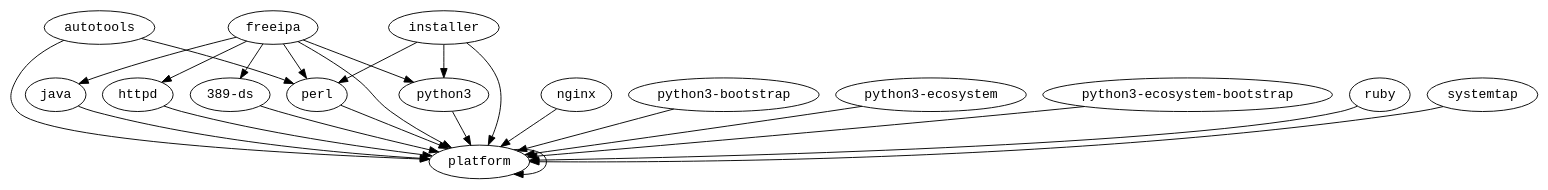
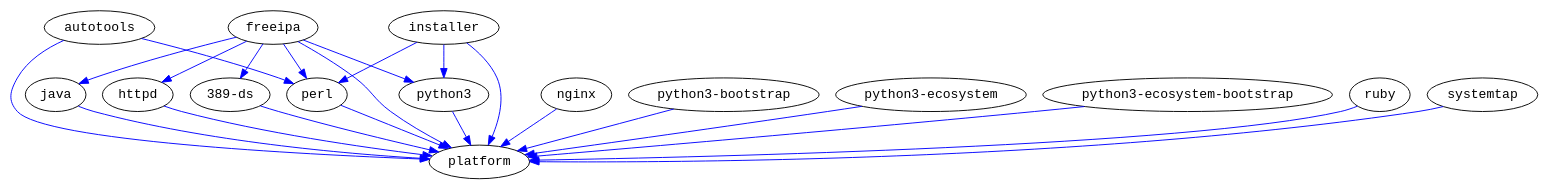
One commit to fedora-modularity/dependency-report changed the diagram in img/module-deps.dot. Above: the diagram before and after it, drawn with Graphviz. The commit also changed 2 other files, not shown here.

Commit message:
make runtime dep relations blue

```diff
--- a/img/module-deps.dot
+++ b/img/module-deps.dot
@@ -1,37 +1,36 @@
 strict digraph G {
   node [fontname=monospace];
-  "389-ds" -> "platform";
-  "389-ds" -> "platform";
-  "autotools" -> "platform";
-  "autotools" -> "platform";
-  "autotools" -> "perl";
-  "freeipa" -> "platform";
-  "freeipa" -> "platform";
-  "freeipa" -> "389-ds";
-  "freeipa" -> "java";
-  "freeipa" -> "httpd";
-  "freeipa" -> "perl";
-  "freeipa" -> "python3";
-  "httpd" -> "platform";
-  "httpd" -> "platform";
-  "installer" -> "platform";
-  "installer" -> "platform";
-  "installer" -> "perl";
-  "installer" -> "python3";
-  "java" -> "platform";
-  "java" -> "platform";
-  "nginx" -> "platform";
-  "nginx" -> "platform";
-  "perl" -> "platform";
-  "perl" -> "platform";
-  "platform" -> "platform";
-  "python3" -> "platform";
-  "python3" -> "platform";
-  "python3-bootstrap" -> "platform";
-  "python3-ecosystem" -> "platform";
-  "python3-ecosystem-bootstrap" -> "platform";
-  "ruby" -> "platform";
-  "ruby" -> "platform";
-  "systemtap" -> "platform";
-  "systemtap" -> "platform";
+  "389-ds" -> "platform" [color=blue];
+  "389-ds" -> "platform" [color=blue];
+  "autotools" -> "platform" [color=blue];
+  "autotools" -> "platform" [color=blue];
+  "autotools" -> "perl" [color=blue];
+  "freeipa" -> "platform" [color=blue];
+  "freeipa" -> "platform" [color=blue];
+  "freeipa" -> "389-ds" [color=blue];
+  "freeipa" -> "java" [color=blue];
+  "freeipa" -> "httpd" [color=blue];
+  "freeipa" -> "perl" [color=blue];
+  "freeipa" -> "python3" [color=blue];
+  "httpd" -> "platform" [color=blue];
+  "httpd" -> "platform" [color=blue];
+  "installer" -> "platform" [color=blue];
+  "installer" -> "platform" [color=blue];
+  "installer" -> "perl" [color=blue];
+  "installer" -> "python3" [color=blue];
+  "java" -> "platform" [color=blue];
+  "java" -> "platform" [color=blue];
+  "nginx" -> "platform" [color=blue];
+  "nginx" -> "platform" [color=blue];
+  "perl" -> "platform" [color=blue];
+  "perl" -> "platform" [color=blue];
+  "python3" -> "platform" [color=blue];
+  "python3" -> "platform" [color=blue];
+  "python3-bootstrap" -> "platform" [color=blue];
+  "python3-ecosystem" -> "platform" [color=blue];
+  "python3-ecosystem-bootstrap" -> "platform" [color=blue];
+  "ruby" -> "platform" [color=blue];
+  "ruby" -> "platform" [color=blue];
+  "systemtap" -> "platform" [color=blue];
+  "systemtap" -> "platform" [color=blue];
 }
```
